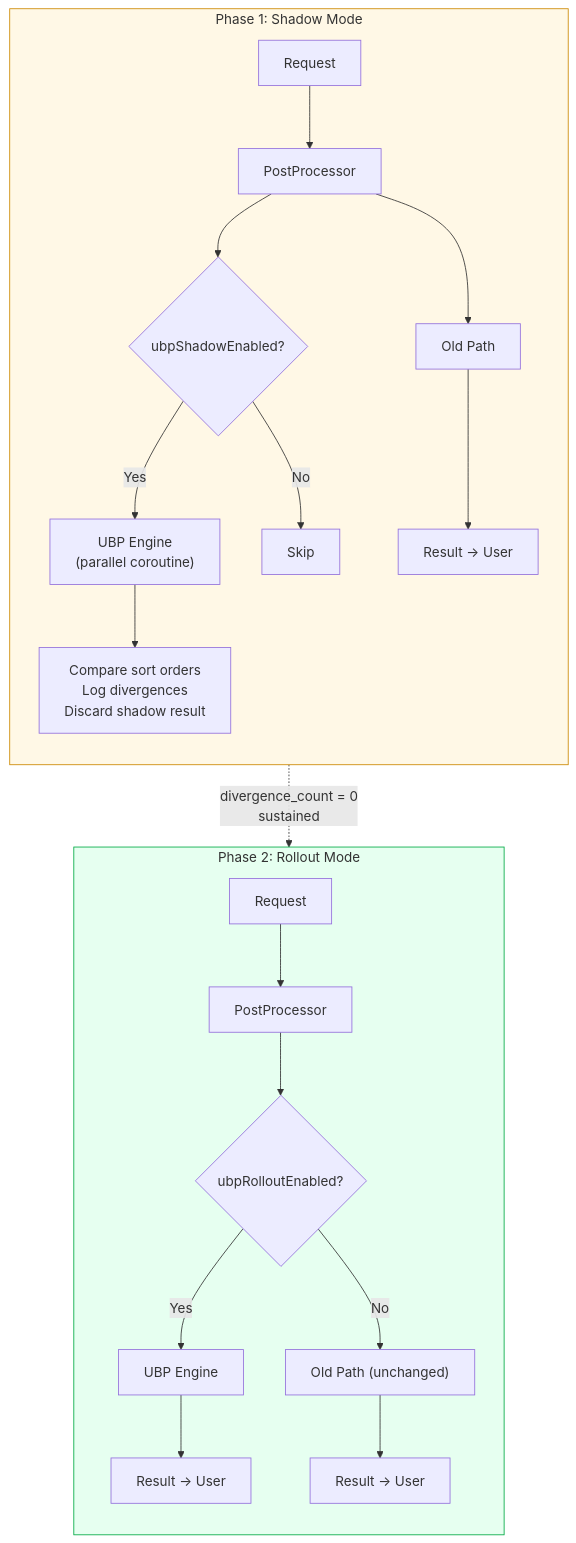
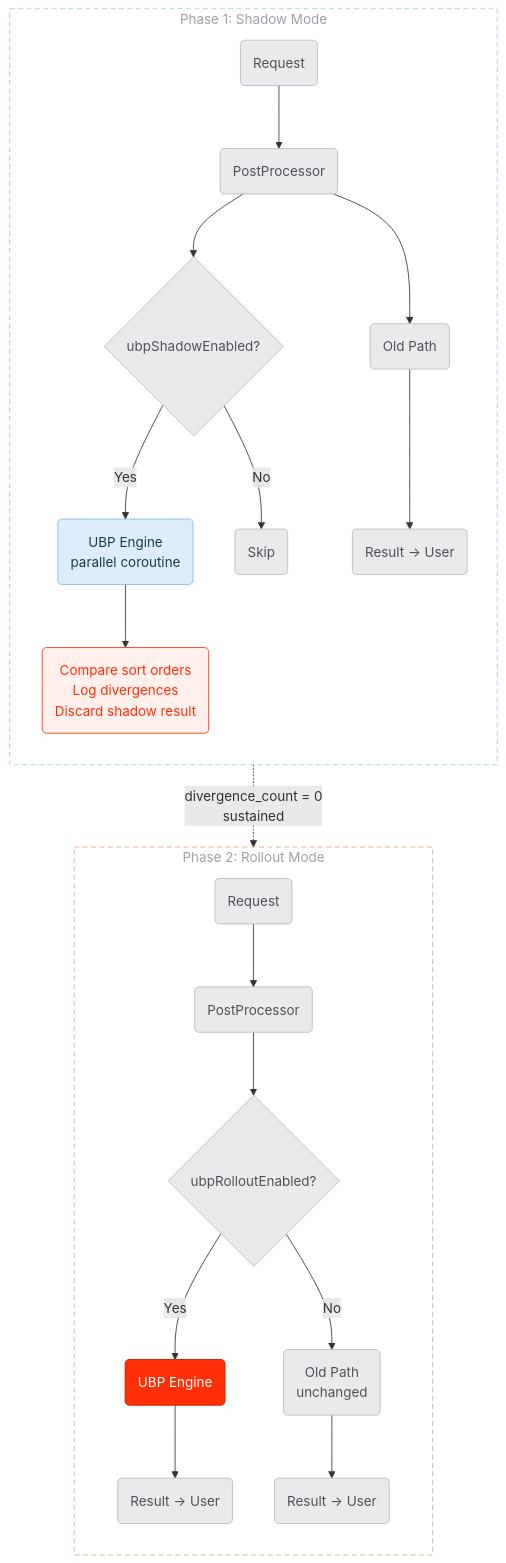
The third of 3 diagrams in unified-blending-platform/spec/rfc-abstraction-layer.md (daniel-fonyo/dd-brain), drawn with Mermaid before and after one commit. The commit also changed other lines of this file, not shown here.

First line of the commit message:
Restyle remaining RFC diagrams with design guidelines

````diff
--- a/unified-blending-platform/spec/rfc-abstraction-layer.md
+++ b/unified-blending-platform/spec/rfc-abstraction-layer.md
@@ -423,32 +435,39 @@
 ```mermaid
 flowchart TB
-    subgraph shadow["Phase 1: Shadow Mode"]
+    subgraph shadow["  Phase 1: Shadow Mode  "]
         direction TB
-        R1["Request"] --> PP1["PostProcessor"]
-        PP1 --> OLD1["Old Path"]
-        PP1 --> DV1{"ubpShadowEnabled?"}
-        DV1 -->|Yes| NEW1["UBP Engine
-        (parallel coroutine)"]
-        DV1 -->|No| SKIP1["Skip"]
-        OLD1 --> RESULT1["Result → User"]
-        NEW1 --> CMP["Compare sort orders
+        R1("Request"):::domain --> PP1("PostProcessor"):::domain
+        PP1 --> OLD1("Old Path"):::domain
+        PP1 --> DV1{"ubpShadowEnabled?"}:::domain
+        DV1 -->|Yes| NEW1("UBP Engine
+        parallel coroutine"):::step
+        DV1 -->|No| SKIP1("Skip"):::domain
+        OLD1 --> RESULT1("Result → User"):::domain
+        NEW1 --> CMP("Compare sort orders
         Log divergences
-        Discard shadow result"]
+        Discard shadow result"):::discard
     end
 
-    subgraph rollout["Phase 2: Rollout Mode"]
+    subgraph rollout["  Phase 2: Rollout Mode  "]
         direction TB
-        R2["Request"] --> PP2["PostProcessor"]
-        PP2 --> DV2{"ubpRolloutEnabled?"}
-        DV2 -->|Yes| NEW2["UBP Engine"]
-        DV2 -->|No| OLD2["Old Path (unchanged)"]
-        NEW2 --> RESULT2a["Result → User"]
-        OLD2 --> RESULT2b["Result → User"]
+        R2("Request"):::domain --> PP2("PostProcessor"):::domain
+        PP2 --> DV2{"ubpRolloutEnabled?"}:::domain
+        DV2 -->|Yes| NEW2("UBP Engine"):::hero
+        DV2 -->|No| OLD2("Old Path
+        unchanged"):::domain
+        NEW2 --> RESULT2a("Result → User"):::domain
+        OLD2 --> RESULT2b("Result → User"):::domain
     end
 
     shadow -.->|"divergence_count = 0
     sustained"| rollout
 
-    style shadow fill:#fff8e6,stroke:#cc8800
-    style rollout fill:#e6fff0,stroke:#00aa44
+    %% Gray = existing/context. Blue = new UBP path (shadow). Red = new UBP path (live). Red tint = discard.
+    classDef domain fill:#EAEAED,stroke:#B8B8C2,color:#505058,stroke-width:1px
+    classDef step fill:#DCEEFB,stroke:#7BBCE0,color:#1A3A50,stroke-width:1px
+    classDef hero fill:#FF3008,stroke:#D42807,color:#FFFFFF,stroke-width:1.5px
+    classDef discard fill:#FFF0EB,stroke:#FF3008,color:#FF3008,stroke-width:1px
+
+    style shadow fill:transparent,stroke:#A0CCE8,stroke-width:1px,stroke-dasharray:6 4,color:#A0A0A8
+    style rollout fill:transparent,stroke:#E0A090,stroke-width:1px,stroke-dasharray:6 4,color:#A0A0A8
 ```
````
